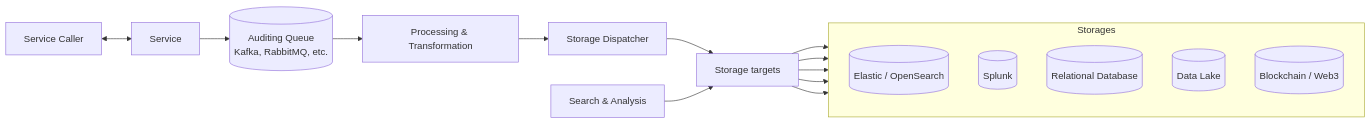
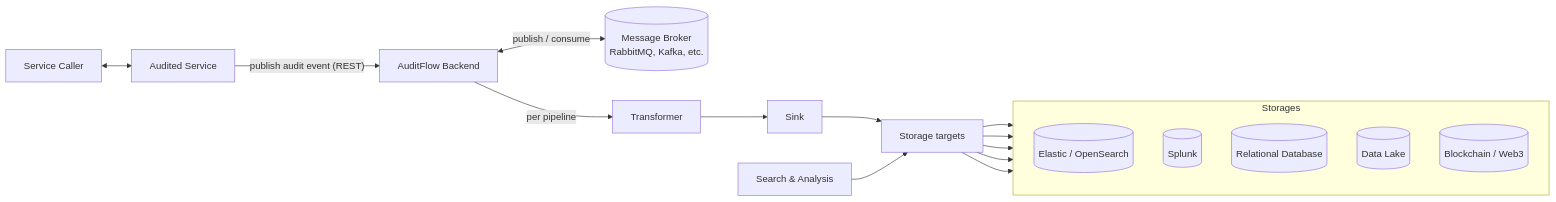
One commit to Labs64/labs64.io-docs changed the diagram in auditflow/readme.md. Above: the diagram before and after it, drawn with Mermaid. The commit also changed other lines of this file, not shown here.

Commit message:
Refine helm overrides

````diff
--- a/auditflow/readme.md
+++ b/auditflow/readme.md
@@ -3,25 +3,29 @@
 ```mermaid
 flowchart LR
-  SC[Service Caller] <--> SVC[Service]
-  SVC --> Q[(Auditing Queue<br/>Kafka, RabbitMQ, etc.)] --> PT[Processing & Transformation] --> SD[Storage Dispatcher]
+  SC[Service Caller] <--> SVC[Audited Service]
 
-  %% group node to reduce edge clutter
-  SD --> ST[Storage targets]
+  %% Ingest: services publish via REST; the backend is the sole broker producer/consumer.
+  SVC -->|"publish audit event (REST)"| BE[AuditFlow Backend]
+  BE <-->|"publish / consume"| Q[(Message Broker<br/>RabbitMQ, Kafka, etc.)]
+
+  %% Delivery: the backend drives each pipeline — Transformer then Sink.
+  %% Transformers and Sinks never read the broker directly.
+  BE -->|"per pipeline"| TR[Transformer] --> SK[Sink] --> ST[Storage targets]
 
   subgraph Storages["Storages"]
     direction TB
     ES[(Elastic / OpenSearch)]
     SP[(Splunk)]
     RDB[(Relational Database)]
     DL[(Data Lake)]
     BC[(Blockchain / Web3)]
   end
 
   ST --> ES
   ST --> SP
   ST --> RDB
   ST --> DL
   ST --> BC
 
   SA[Search & Analysis] --> ST
 ```
````
